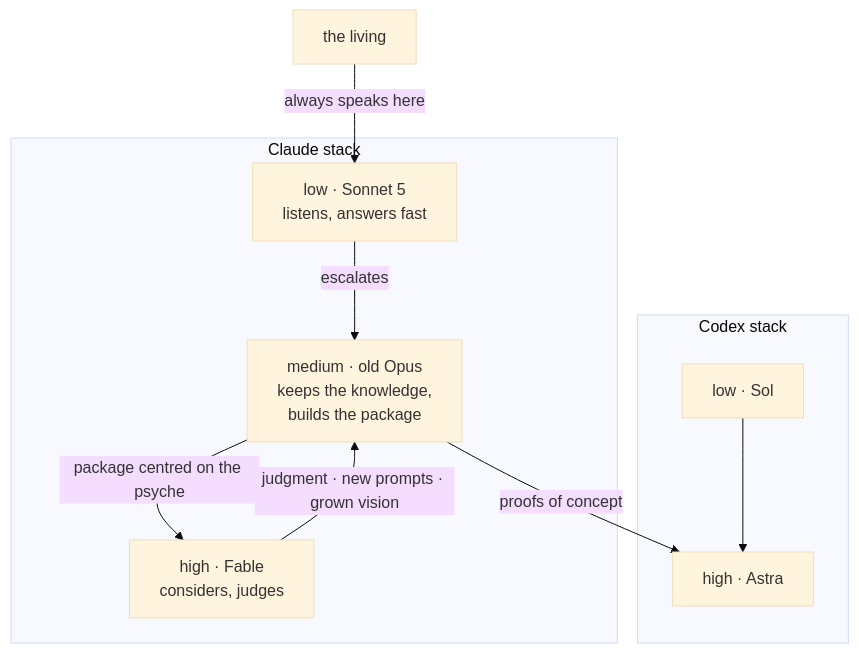
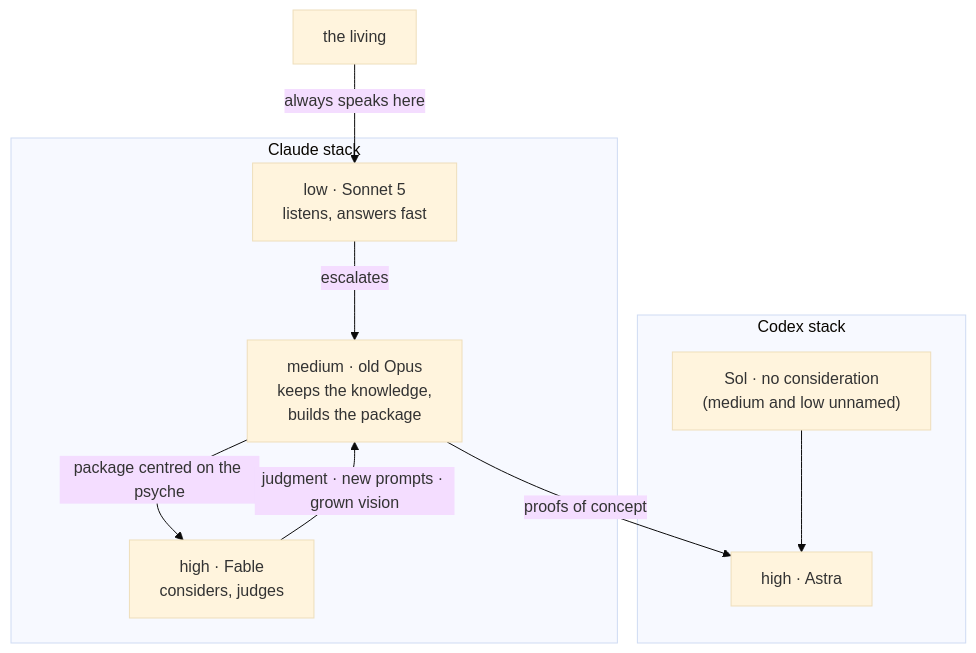
The fifth of 8 diagrams in flows/b49251/reports/ideaBook-flowLaunching.md (LiGoldragon/primary), drawn with Mermaid (base theme) before and after one commit. The commit also changed other lines of this file and 3 other files, not shown here.

First line of the commit message:
flow b49251: idea books v2/v3, expression flow and three levels

````diff
--- a/flows/b49251/reports/ideaBook-flowLaunching.md
+++ b/flows/b49251/reports/ideaBook-flowLaunching.md
@@ -191,18 +202,18 @@
 ```mermaid
 flowchart TB
   L["the living"] -->|"always speaks here"| LO
   subgraph Claude stack
     LO["low · Sonnet 5\nlistens, answers fast"]
     ME["medium · old Opus\nkeeps the knowledge,\nbuilds the package"]
     HI["high · Fable\nconsiders, judges"]
   end
   subgraph Codex stack
-    CL["low · Sol"]
+    CL["Sol · no consideration\n(medium and low unnamed)"]
     CH["high · Astra"]
   end
   LO -->|"escalates"| ME
   ME -->|"package centred on the psyche"| HI
   ME -->|"proofs of concept"| CH
   HI -->|"judgment · new prompts · grown vision"| ME
   CL --> CH
 ```
````
